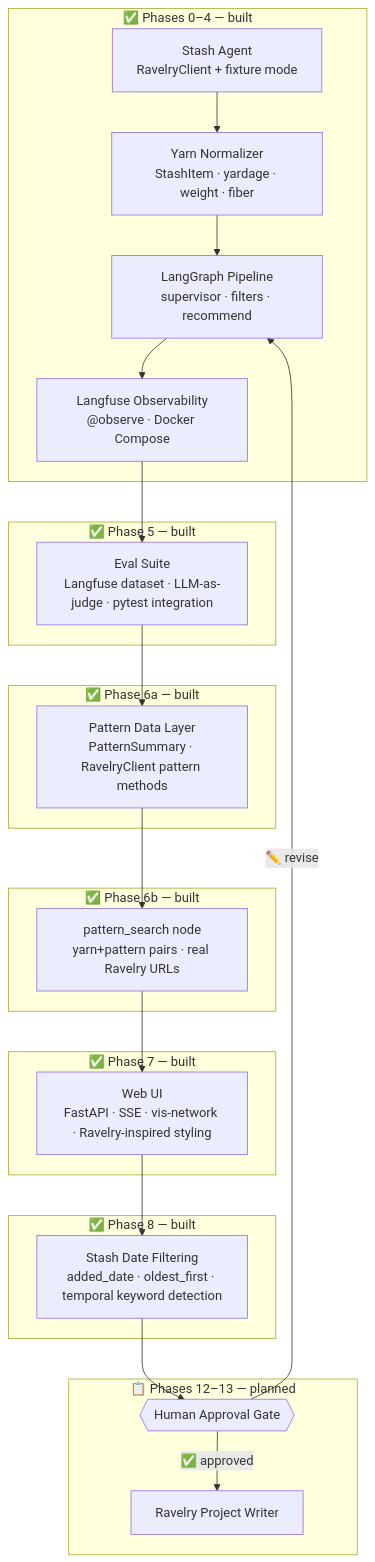
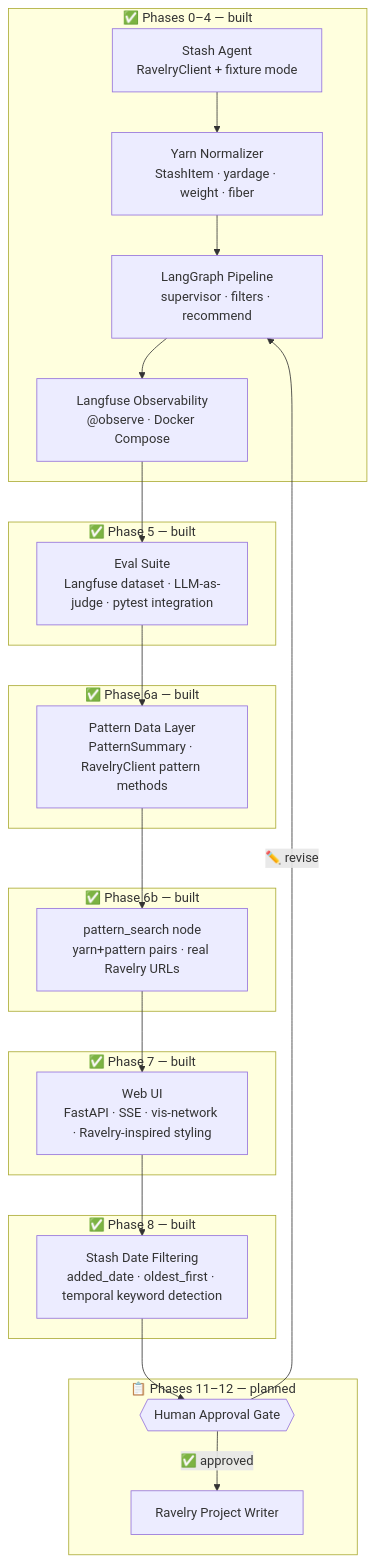
Before and after one commit to ReneeErnst/skein-minder: the second of 2 diagrams in README.md, drawn with Mermaid. The commit also changed other lines of this file and 2 other files, not shown here.

````diff
--- a/README.md
+++ b/README.md
@@ -41,40 +41,40 @@
 ```mermaid
 flowchart TD
     subgraph built ["✅ Phases 0–4 — built"]
         Stash["Stash Agent\nRavelryClient + fixture mode"]
         Norm["Yarn Normalizer\nStashItem · yardage · weight · fiber"]
         Graph["LangGraph Pipeline\nsupervisor · filters · recommend"]
         Obs["Langfuse Observability\n@observe · Docker Compose"]
     end
 
     subgraph built2 ["✅ Phase 5 — built"]
         Eval["Eval Suite\nLangfuse dataset · LLM-as-judge · pytest integration"]
     end
 
     subgraph built3 ["✅ Phase 6a — built"]
         PatternData["Pattern Data Layer\nPatternSummary · RavelryClient pattern methods"]
     end
 
     subgraph built4 ["✅ Phase 6b — built"]
         PatternSearch["pattern_search node\nyarn+pattern pairs · real Ravelry URLs"]
     end
 
     subgraph built5 ["✅ Phase 7 — built"]
         WebUI["Web UI\nFastAPI · SSE · vis-network · Ravelry-inspired styling"]
     end
 
     subgraph built6 ["✅ Phase 8 — built"]
         DateFilter["Stash Date Filtering\nadded_date · oldest_first · temporal keyword detection"]
     end
 
-    subgraph future ["📋 Phases 12–13 — planned"]
+    subgraph future ["📋 Phases 11–12 — planned"]
         Gate{{"Human Approval Gate"}}
         Writer["Ravelry Project Writer"]
     end
 
     Stash --> Norm --> Graph --> Obs --> Eval
     Eval --> PatternData --> PatternSearch --> WebUI --> DateFilter
     DateFilter --> Gate -->|"✅ approved"| Writer
     Gate -->|"✏️ revise"| Graph
 
 ```
````
